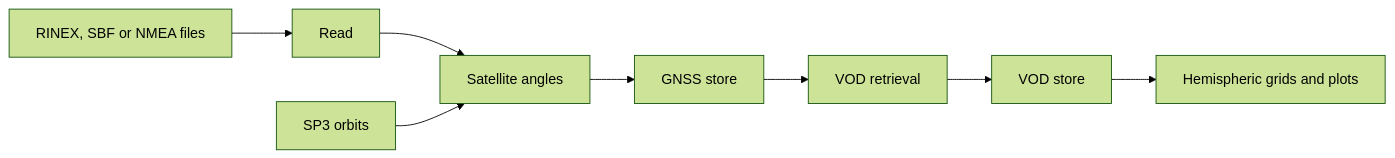
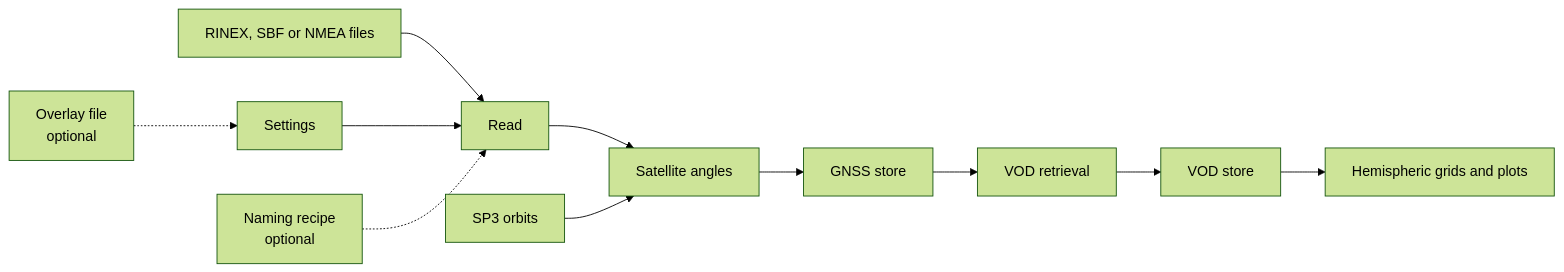
The diagram in docs/index.md (TUW-GEO/canvodpy), drawn with Mermaid (forest theme) before and after one commit. The commit also changed other lines of this file and 1 other file, not shown here.

Commit message:
docs: show the overlay file and naming recipe as optional inputs of a run

````diff
--- a/docs/index.md
+++ b/docs/index.md
@@ -114,10 +114,13 @@
 ```mermaid
 flowchart LR
     FILES["RINEX, SBF or NMEA files"] --> READ["Read"]
+    SETTINGS["Settings"] --> READ
+    OVERLAY["Overlay file<br/>optional"] -.-> SETTINGS
+    RECIPE["Naming recipe<br/>optional"] -.-> READ
     READ --> ANGLES["Satellite angles"]
     ORBITS["SP3 orbits"] --> ANGLES
     ANGLES --> GSTORE["GNSS store"]
     GSTORE --> VOD["VOD retrieval"]
     VOD --> VSTORE["VOD store"]
     VSTORE --> PLOT["Hemispheric grids and plots"]
 ```
````
